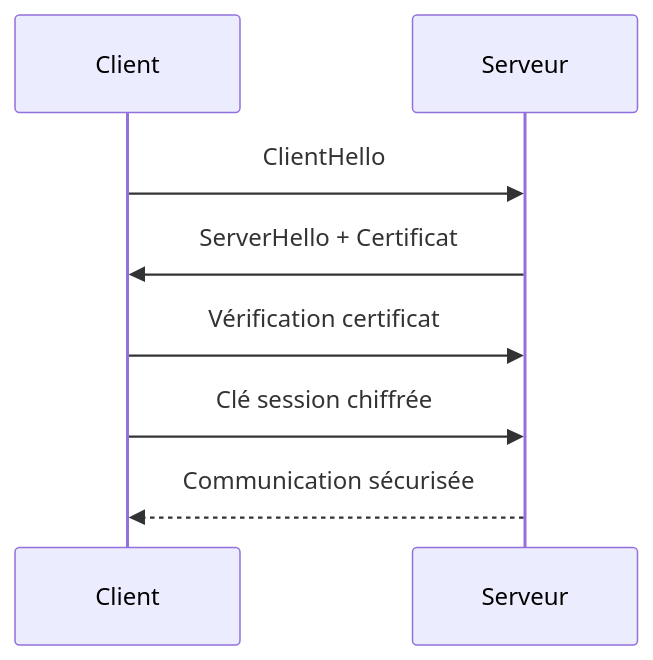
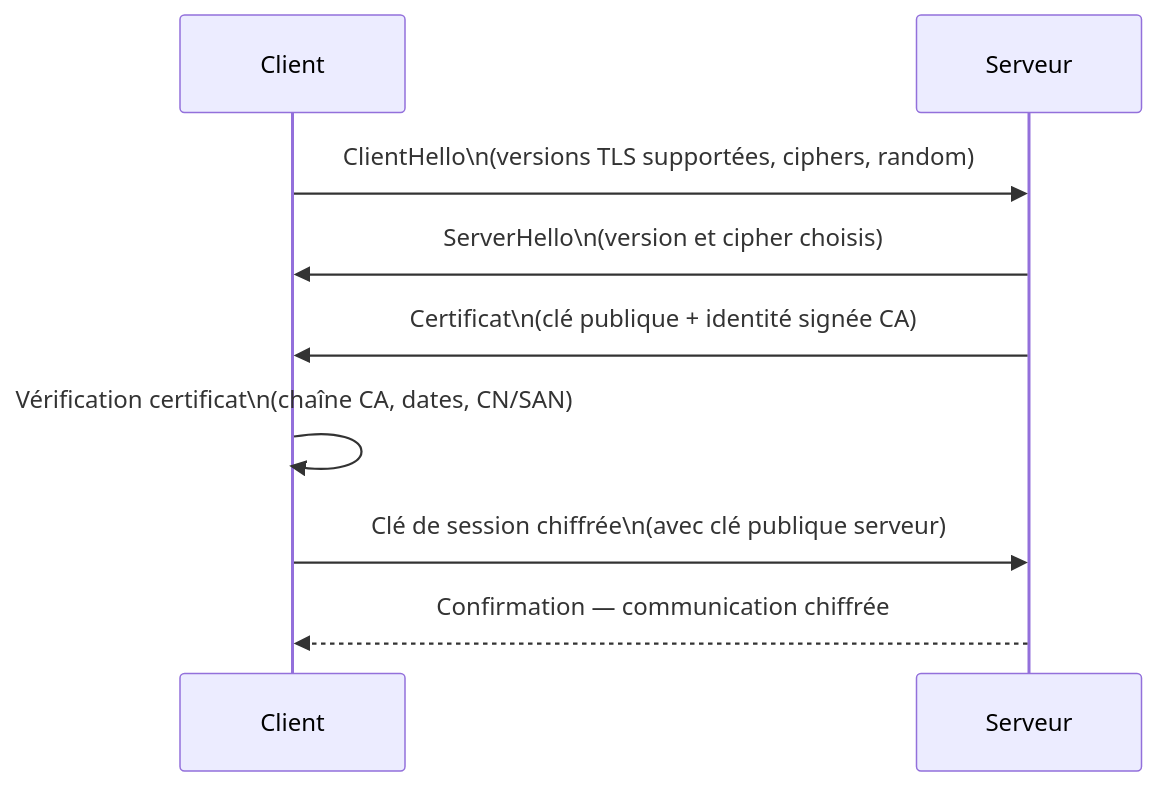
One commit to zyrass/omnydocs changed the third of 3 diagrams in docs/bases/crypto/openssl.md. Above: the diagram before and after it, drawn with Mermaid. The commit also changed other lines of this file and 723 other files, not shown here.

````diff
--- a/docs/bases/crypto/openssl.md
+++ b/docs/bases/crypto/openssl.md
@@ -167,11 +316,12 @@
 ```mermaid
 sequenceDiagram
     participant Client
     participant Serveur
 
-    Client->>Serveur: ClientHello
-    Serveur->>Client: ServerHello + Certificat
-    Client->>Serveur: Vérification certificat
-    Client->>Serveur: Clé session chiffrée
-    Serveur-->>Client: Communication sécurisée
+    Client->>Serveur: ClientHello\n(versions TLS supportées, ciphers, random)
+    Serveur->>Client: ServerHello\n(version et cipher choisis)
+    Serveur->>Client: Certificat\n(clé publique + identité signée CA)
+    Client->>Client: Vérification certificat\n(chaîne CA, dates, CN/SAN)
+    Client->>Serveur: Clé de session chiffrée\n(avec clé publique serveur)
+    Serveur-->>Client: Confirmation — communication chiffrée
 ```
````
